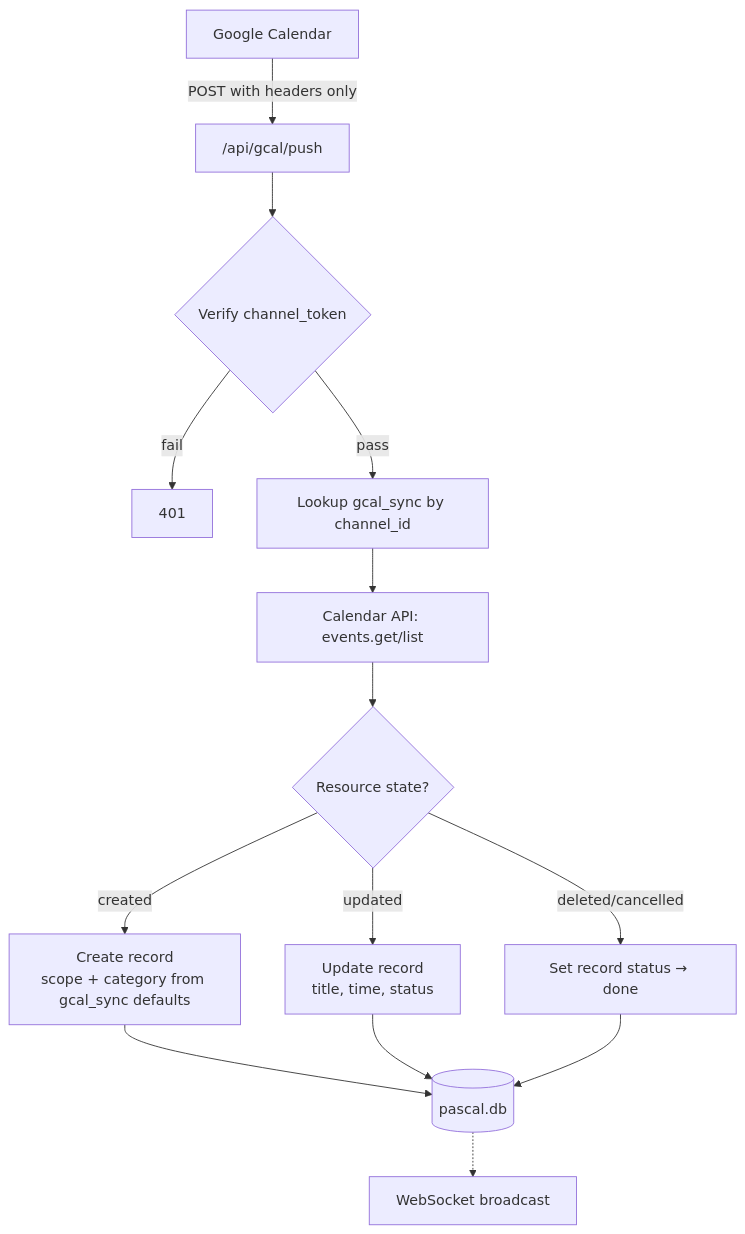
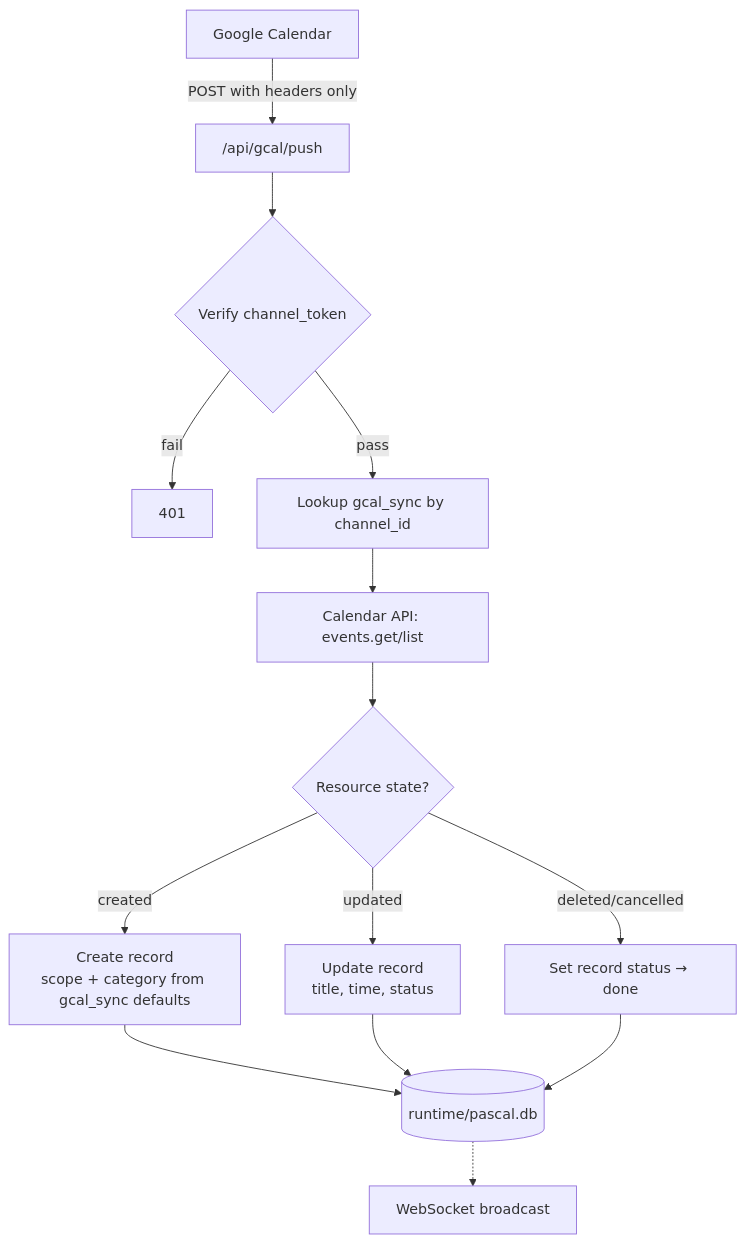
The second of 2 diagrams in ingestion.md (peatiscoding/pascal), drawn with Mermaid before and after one commit. The commit also changed other lines of this file and 7 other files, not shown here.

````diff
--- a/ingestion.md
+++ b/ingestion.md
@@ -221,16 +221,16 @@
 ```mermaid
 flowchart TD
     Google[Google Calendar] -->|POST with headers only| Push["/api/gcal/push"]
     Push --> Verify{Verify channel_token}
     Verify -->|fail| R401[401]
     Verify -->|pass| Lookup[Lookup gcal_sync by channel_id]
     Lookup --> Fetch[Calendar API: events.get/list]
     Fetch --> State{Resource state?}
     State -->|created| Create[Create record\nscope + category from gcal_sync defaults]
     State -->|updated| Update[Update record\ntitle, time, status]
     State -->|deleted/cancelled| Done[Set record status → done]
-    Create --> PascalDB[(pascal.db)]
+    Create --> PascalDB[(runtime/pascal.db)]
     Update --> PascalDB
     Done --> PascalDB
     PascalDB -.-> WS[WebSocket broadcast]
 ```
````
